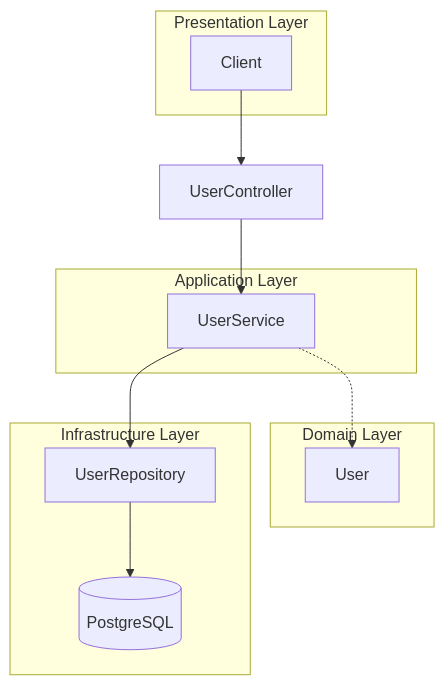
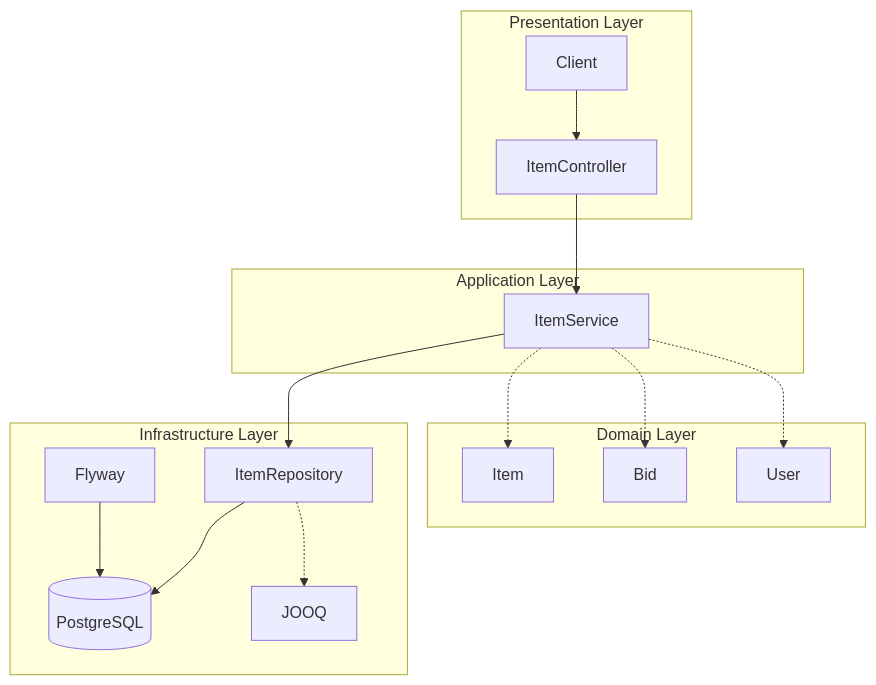
Before and after one commit to rajat9garg/binding: the diagram in memory-bank/systemPatterns.md, drawn with Mermaid. The commit also changed other lines of this file and 38 other files, not shown here.

Commit message:
added item controller

````diff
--- a/memory-bank/systemPatterns.md
+++ b/memory-bank/systemPatterns.md
@@ -25,26 +25,35 @@
 ```mermaid
 graph TD
-    A[Client] --> B[UserController]
-    B --> C[UserService]
-    C --> D[UserRepository]
+    A[Client] --> B[ItemController]
+    B --> C[ItemService]
+    C --> D[ItemRepository]
     D --> E[(PostgreSQL)]
     
     subgraph Presentation Layer
     A
+    B
     end
     
     subgraph Application Layer
     C
     end
     
     subgraph Domain Layer
-    F[User]
+    F[Item]
+    G[Bid]
+    H[User]
     end
     
     subgraph Infrastructure Layer
     D
     E
+    I[JOOQ]
+    J[Flyway]
     end
     
     C -.-> F
+    C -.-> G
+    C -.-> H
+    D -.-> I
+    J --> E
 ```
````
